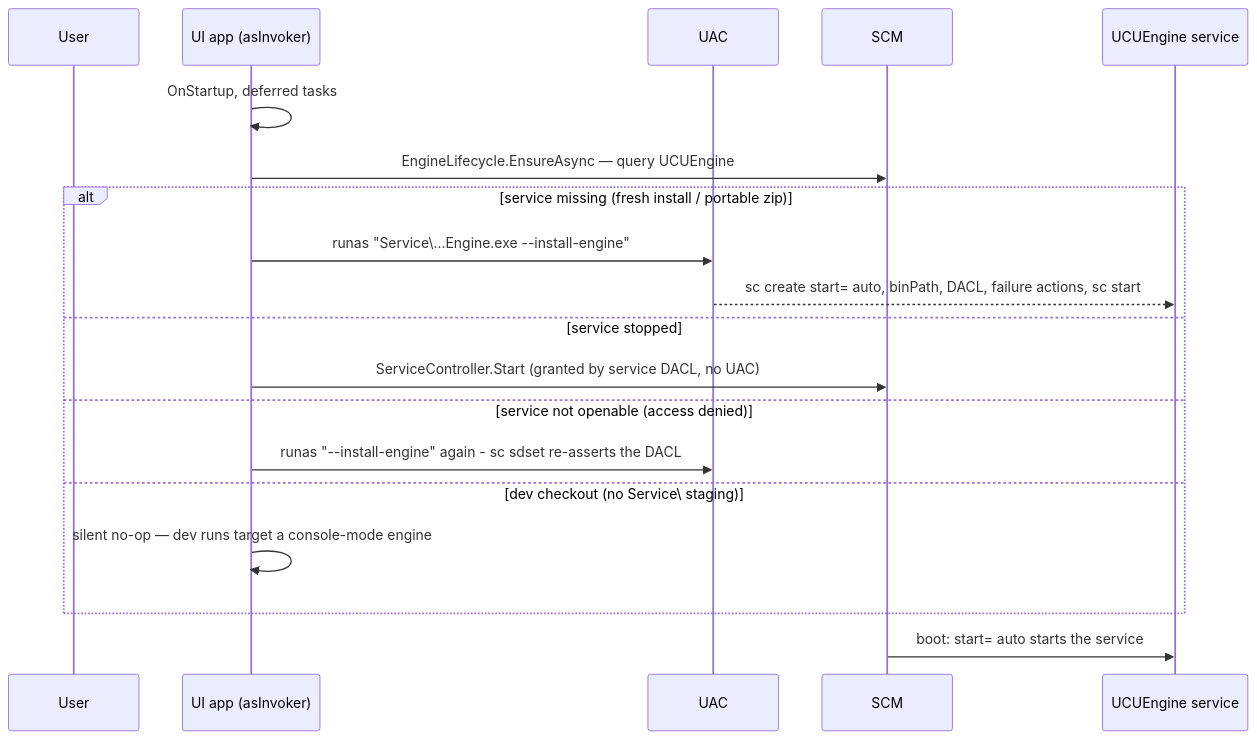
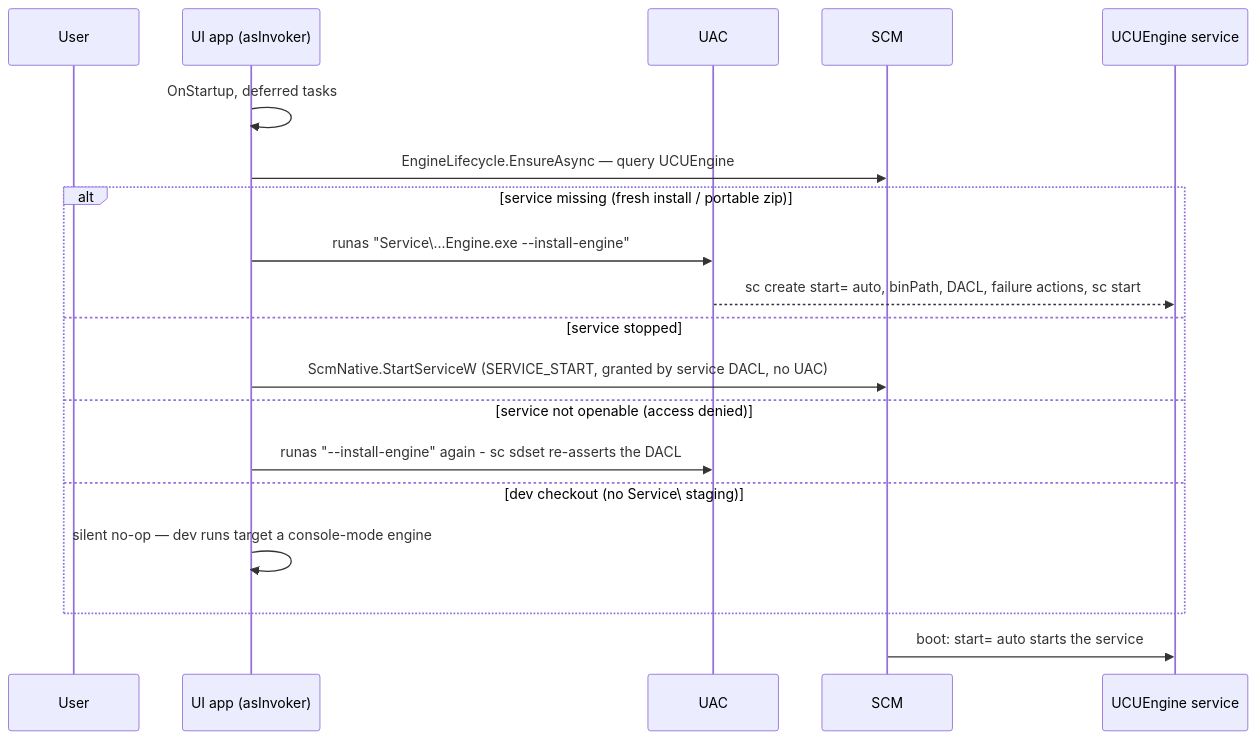
Before and after one commit to Uniwill-Control-Utility/Uniwill-Control-Utility: the first of 4 diagrams in wiki/architecture/startup-and-lifecycle.md, drawn with Mermaid. The commit also changed 9 other files, not shown here.

````diff
--- a/wiki/architecture/startup-and-lifecycle.md
+++ b/wiki/architecture/startup-and-lifecycle.md
@@ -7,22 +7,22 @@
 ```mermaid
 sequenceDiagram
     participant User
     participant App as UI app (asInvoker)
     participant UAC as UAC
     participant SCM
     participant Eng as UCUEngine service
 
     App->>App: OnStartup, deferred tasks
     App->>SCM: EngineLifecycle.EnsureAsync — query UCUEngine
     alt service missing (fresh install / portable zip)
         App->>UAC: runas "Service\...Engine.exe --install-engine"
         UAC-->>Eng: sc create start= auto, binPath, DACL, failure actions, sc start
     else service stopped
-        App->>SCM: ServiceController.Start (granted by service DACL, no UAC)
+        App->>SCM: ScmNative.StartServiceW (SERVICE_START, granted by service DACL, no UAC)
     else service not openable (access denied)
         App->>UAC: runas "--install-engine" again - sc sdset re-asserts the DACL
     else dev checkout (no Service\ staging)
         App->>App: silent no-op — dev runs target a console-mode engine
     end
     SCM->>Eng: boot: start= auto starts the service
 ```
````
